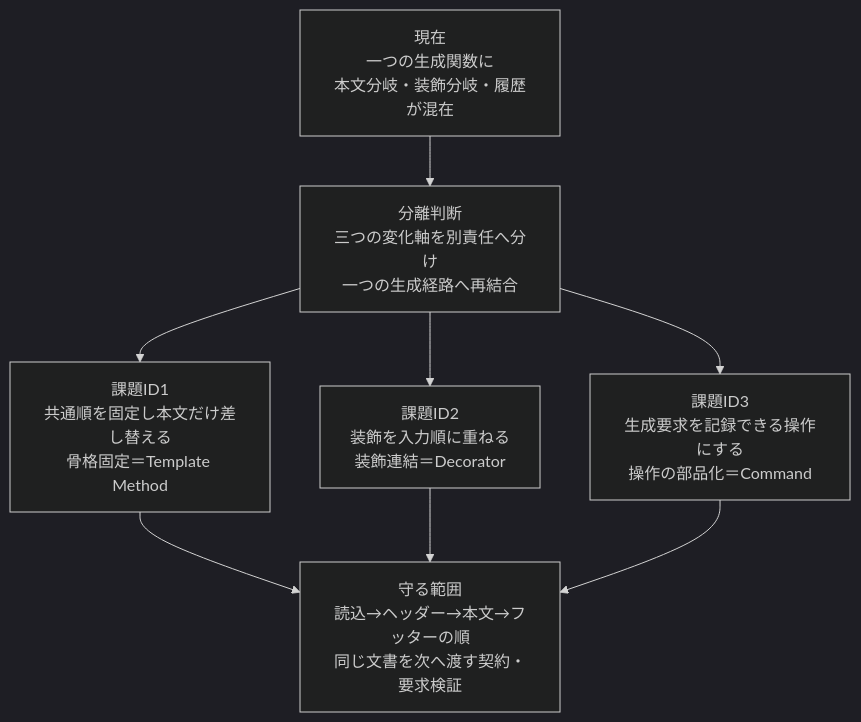
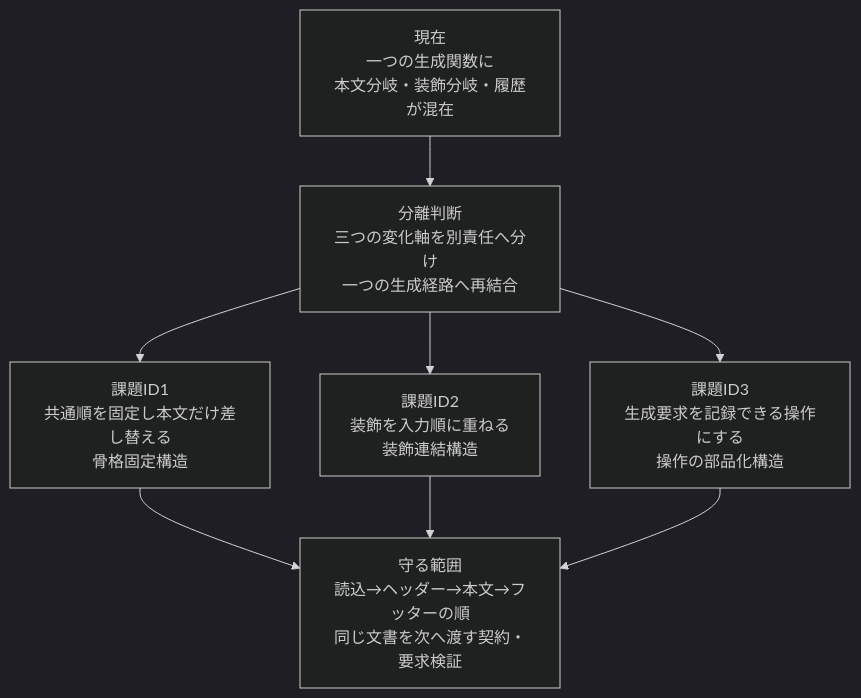
Before and after one commit to kumachan1101-pixel/DesignPattern: the sixth of 18 diagrams in kindle/design-patterns/output/chapter11.md, drawn with Mermaid (dark theme). The commit also changed other lines of this file and 24 other files, not shown here.

Commit message:
docs: 問題から導く構成とクラス図説明を整合

````diff
--- a/kindle/design-patterns/output/chapter11.md
+++ b/kindle/design-patterns/output/chapter11.md
@@ -1489,10 +1487,10 @@
 ```mermaid
 flowchart TB
     A[現在<br/>一つの生成関数に<br/>本文分岐・装飾分岐・履歴が混在] --> B[分離判断<br/>三つの変化軸を別責任へ分け<br/>一つの生成経路へ再結合]
-    B --> C[課題ID1<br/>共通順を固定し本文だけ差し替える<br/>骨格固定＝Template Method]
-    B --> D[課題ID2<br/>装飾を入力順に重ねる<br/>装飾連結＝Decorator]
-    B --> F[課題ID3<br/>生成要求を記録できる操作にする<br/>操作の部品化＝Command]
+    B --> C[課題ID1<br/>共通順を固定し本文だけ差し替える<br/>骨格固定構造]
+    B --> D[課題ID2<br/>装飾を入力順に重ねる<br/>装飾連結構造]
+    B --> F[課題ID3<br/>生成要求を記録できる操作にする<br/>操作の部品化構造]
     C --> E[守る範囲<br/>読込→ヘッダー→本文→フッターの順<br/>同じ文書を次へ渡す契約・要求検証]
     D --> E
     F --> E
 ```
````
